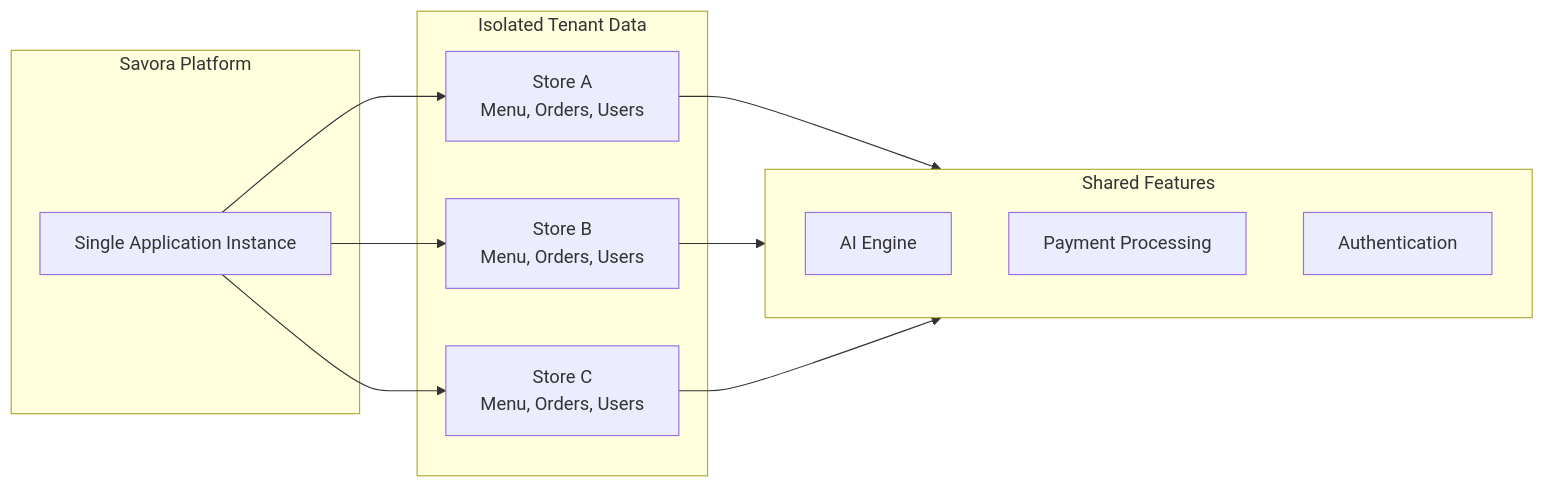
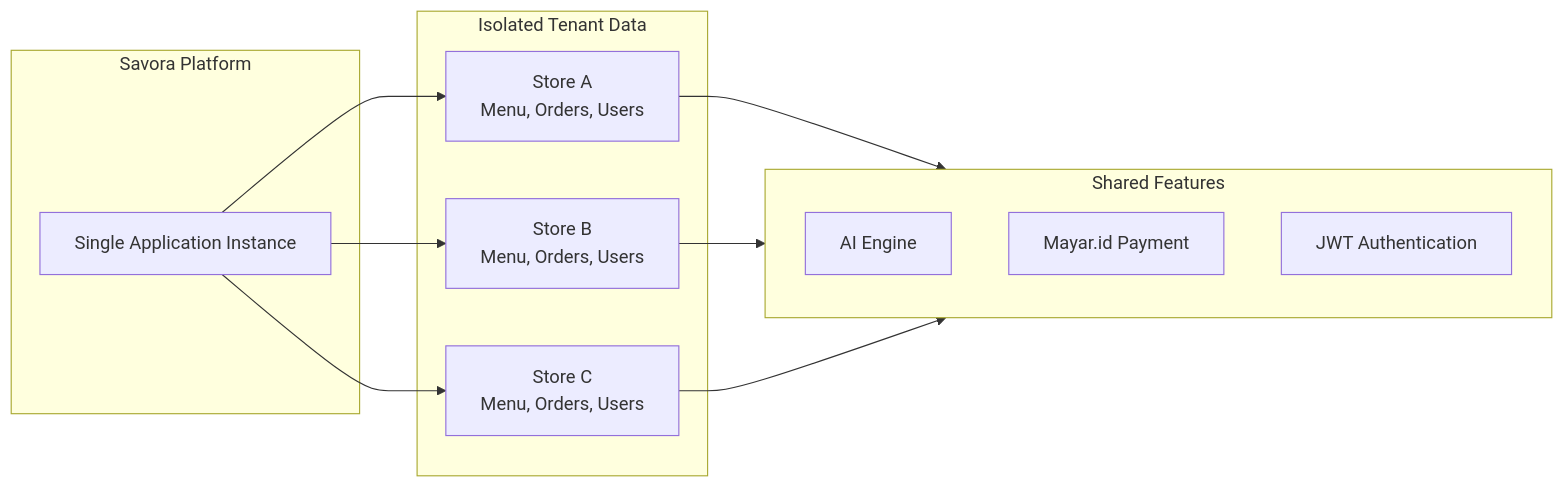
One commit to mocharil/savora changed the second of 9 diagrams in README.md. Above: the diagram before and after it, drawn with Mermaid. The commit also changed other lines of this file and 3 other files, not shown here.

Commit message:
feat: POS Mayar.id payment integration and comprehensive README update

````diff
--- a/README.md
+++ b/README.md
@@ -213,25 +232,25 @@
 ```mermaid
 flowchart LR
     subgraph Platform["Savora Platform"]
         APP[Single Application Instance]
     end
 
     subgraph Tenants["Isolated Tenant Data"]
         S1[Store A<br/>Menu, Orders, Users]
         S2[Store B<br/>Menu, Orders, Users]
         S3[Store C<br/>Menu, Orders, Users]
     end
 
     subgraph Features["Shared Features"]
         AI[AI Engine]
-        PAY[Payment Processing]
-        AUTH[Authentication]
+        PAY[Mayar.id Payment]
+        AUTH[JWT Authentication]
     end
 
     APP --> S1
     APP --> S2
     APP --> S3
     S1 --> Features
     S2 --> Features
     S3 --> Features
 ```
````
